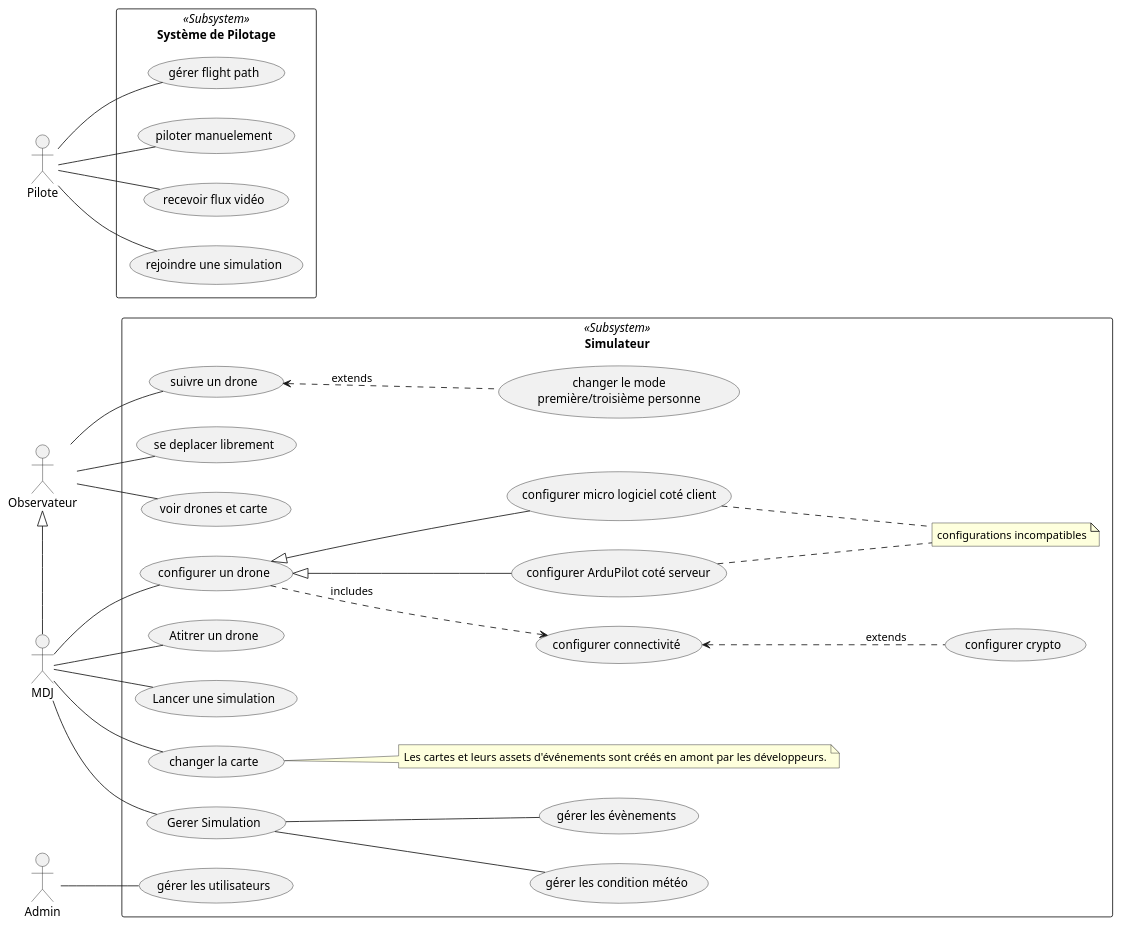
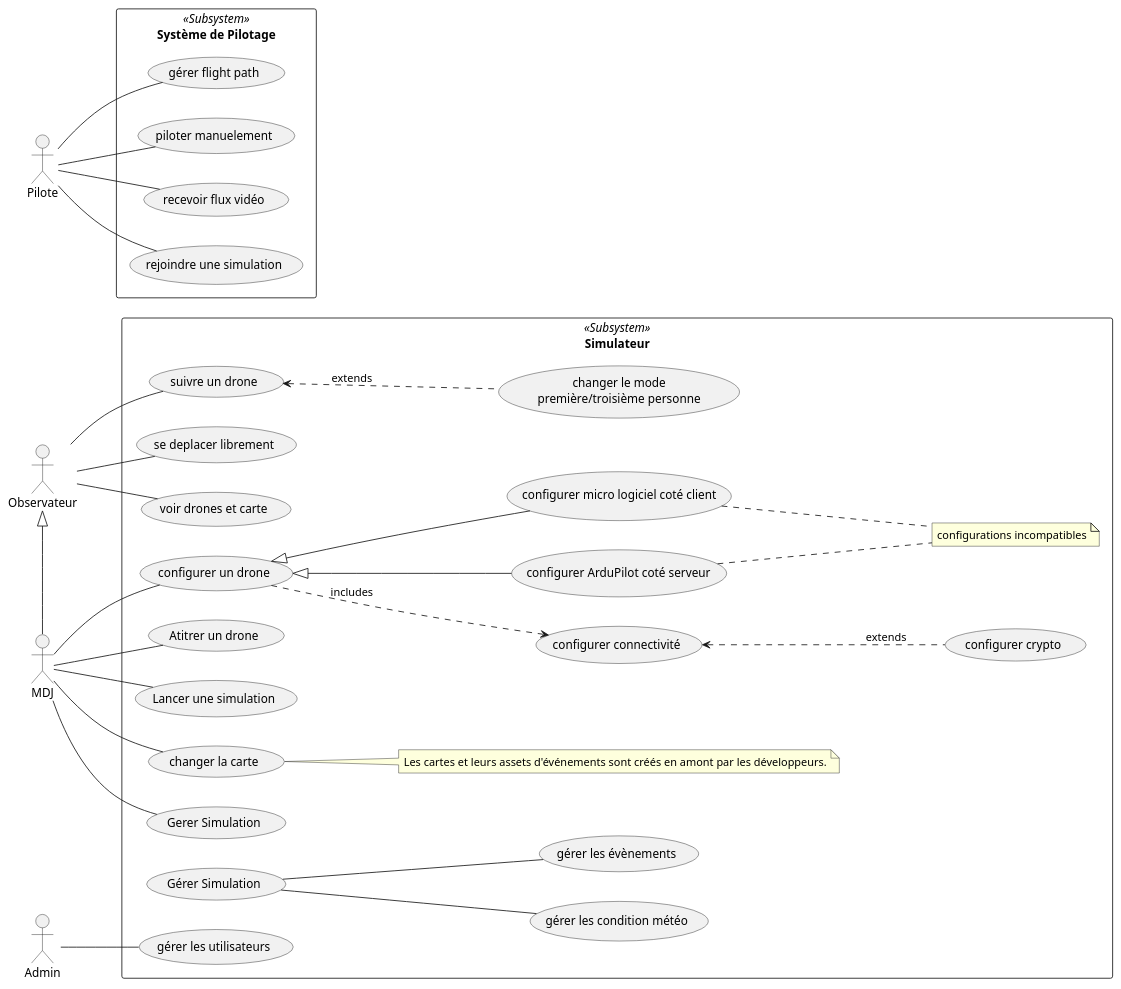
The diagram in doc/simulateur_uc.puml (tombartos/SAE-DRONE), drawn with PlantUML before and after one commit.

Commit message:
Corrige des fautes de frappe

```diff
--- a/doc/simulateur_uc.puml
+++ b/doc/simulateur_uc.puml
@@ -1,63 +1,63 @@
 @startuml
 
 left to right direction
 
 actor Observateur
 actor MDJ
 actor Pilote
 actor Admin
 'actor Admin
 
 rectangle "Système de Pilotage" <<Subsystem>> as SysPilot {
     Pilote -- (gérer flight path)
     Pilote -- (piloter manuelement)
     Pilote -- (recevoir flux vidéo)
     Pilote -- (rejoindre une simulation)
 }
 
 
 
 
 MDJ -left-|> Observateur
 
 rectangle Simulateur <<Subsystem>> {
 
     usecase (suivre un drone) as follow_drone
 
     follow_drone <.down. (changer le mode\npremière/troisième personne) : extends
 
     Observateur -- (se deplacer librement)
     Observateur -- (voir drones et carte)
     Observateur -- follow_drone
 
     usecase (configurer un drone) as cfg_drone
     usecase (configurer connectivité) as cfg_conn
     usecase (configurer crypto) as cfg_crypt
     usecase (configurer ArduPilot coté serveur) as cfg_ardu_ss
     usecase (configurer micro logiciel coté client) as cfg_ardu_cs
     usecase (Atitrer un drone) as cfg_attrib_drone
     usecase (Lancer une simulation) as cfg_sim
     note "configurations incompatibles" as mutex1
     note "Les cartes et leurs assets d'événements sont créés en amont par les développeurs." as note1
 
     cfg_drone .down.> cfg_conn : includes
     cfg_conn <.down. cfg_crypt : extends
-    cfg_drone <|-- cfg_ardu_ss 
-    cfg_drone <|-- cfg_ardu_cs 
+    cfg_drone <|-- cfg_ardu_ss
+    cfg_drone <|-- cfg_ardu_cs
     cfg_ardu_ss .. mutex1
     cfg_ardu_cs .. mutex1
 
     MDJ -- (changer la carte)
     (changer la carte) .. note1
     MDJ -- (Gerer Simulation)
-    (Gerer Simulation) -- (gérer les condition météo)
-    (Gerer Simulation) -- (gérer les évènements)
+    (Gérer Simulation) -- (gérer les condition météo)
+    (Gérer Simulation) -- (gérer les évènements)
     MDJ -- cfg_drone
     MDJ -- cfg_attrib_drone
     MDJ -- cfg_sim
 
     Admin -- (gérer les utilisateurs)
 
 }
 
 @enduml
```
